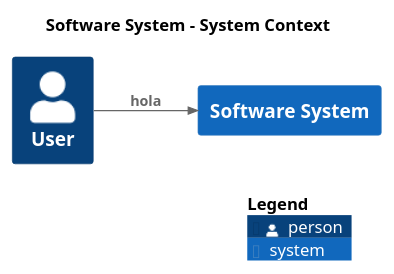
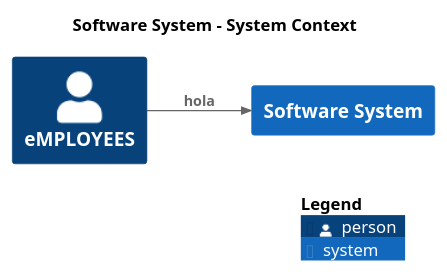
One commit to BruizN/prueba-structurizr changed the diagram in master/puml/Diagram1.puml. Above: the diagram before and after it, drawn with PlantUML. The commit also changed 10 other files, not shown here.

```diff
--- a/master/puml/Diagram1.puml
+++ b/master/puml/Diagram1.puml
@@ -1,16 +1,16 @@
 @startuml
 set separator none
 title Software System - System Context
 
 left to right direction
 
 !include <C4/C4>
 !include <C4/C4_Context>
 
-Person(User, "User", $descr="", $tags="", $link="")
+Person(eMPLOYEES, "eMPLOYEES", $descr="", $tags="", $link="")
 System(SoftwareSystem, "Software System", $descr="", $tags="", $link="")
 
-Rel(User, SoftwareSystem, "hola", $techn="", $tags="", $link="")
+Rel(eMPLOYEES, SoftwareSystem, "hola", $techn="", $tags="", $link="")
 
 SHOW_LEGEND(true)
 @enduml
```
